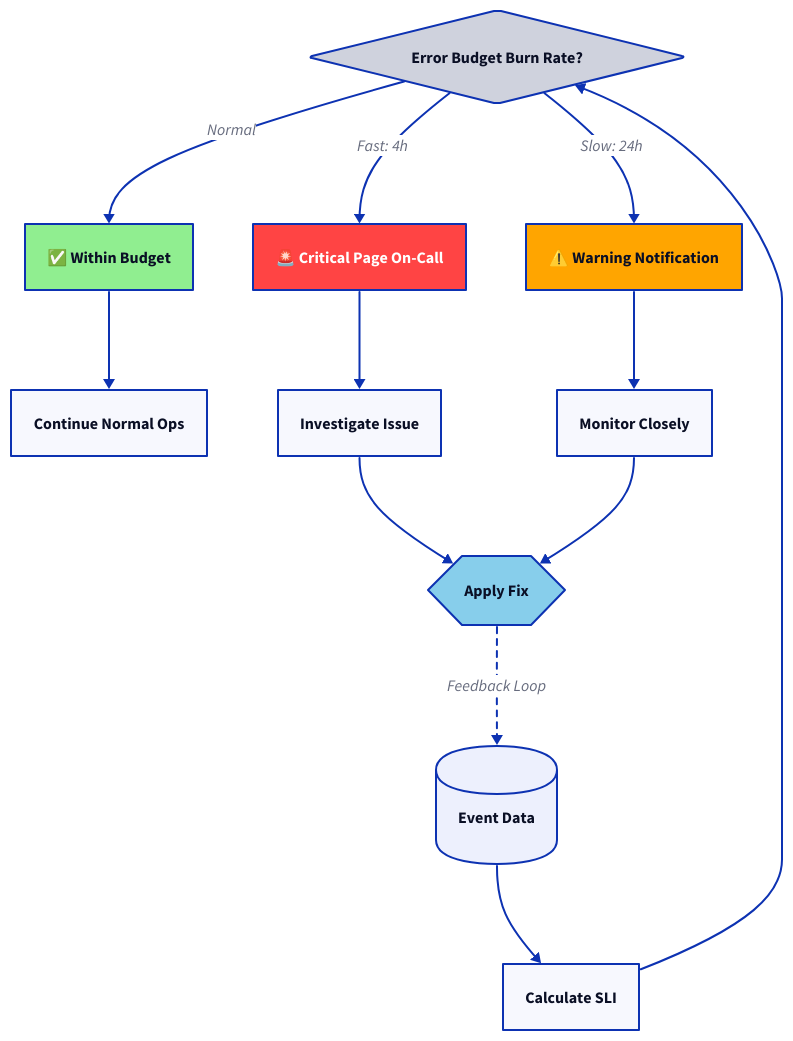
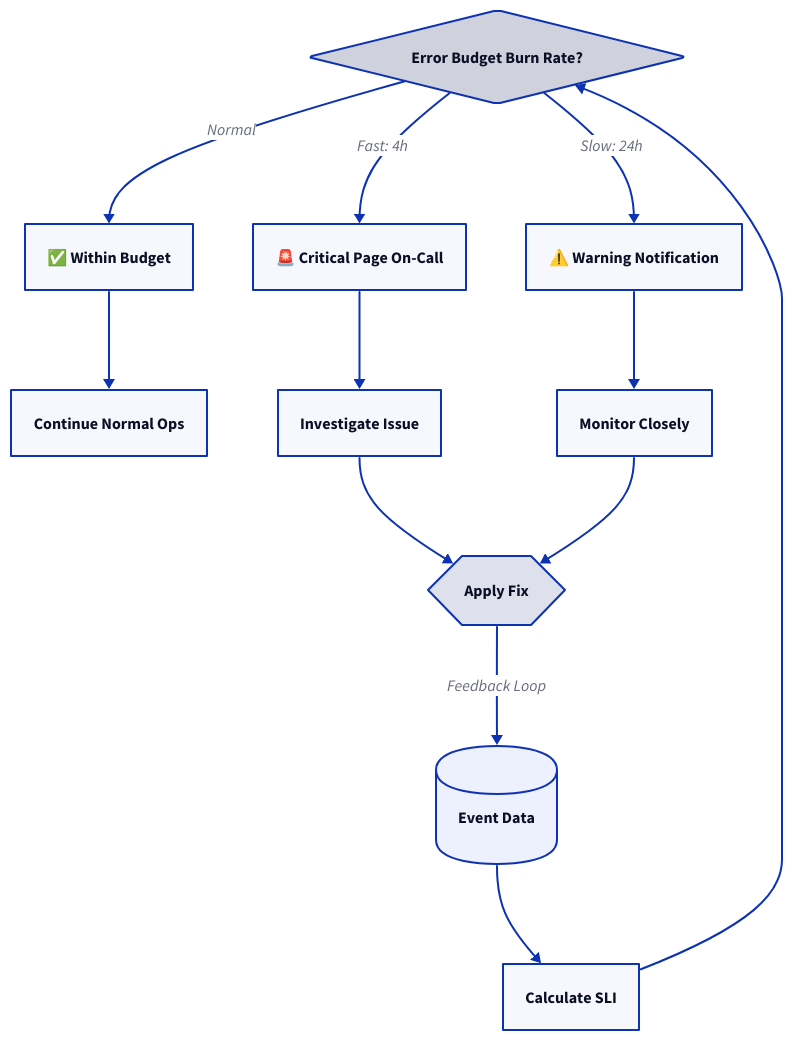
Before and after one commit to tallyfy/documentation: the diagram in src/content/docs/manufactory/best-practices/setting-up-alerts-and-slos.mdx, drawn with D2. The commit also changed other lines of this file and 605 other files, not shown here.

````diff
--- a/src/content/docs/manufactory/best-practices/setting-up-alerts-and-slos.mdx
+++ b/src/content/docs/manufactory/best-practices/setting-up-alerts-and-slos.mdx
@@ -68,68 +69,64 @@
 ```d2
 Budget: "Budget"
 Continue: "Continue"
 Critical: "Critical"
 Events: "Events"
 Fix: "Fix"
 Investigate: "Investigate"
 Monitor: "Monitor"
 OK: "OK"
 SLI: "SLI"
 Warning: "Warning"
 Events: Event Data {
   shape: cylinder
 }
 SLI: Calculate SLI {
   shape: rectangle
 }
 Budget: Error Budget Burn Rate? {
   shape: diamond
 }
 
 Critical: 🚨 Critical Page On-Call {
   shape: rectangle
-  style.fill: "#FF4444"
-  style.font-color: "#FFFFFF"
+
 }
 Warning: ⚠️ Warning Notification {
   shape: rectangle
-  style.fill: "#FFA500"
+  
 }
 OK: ✅ Within Budget {
   shape: rectangle
-  style.fill: "#90EE90"
+  
 }
 
 Investigate: Investigate Issue {
   shape: rectangle
 }
 Monitor: Monitor Closely {
   shape: rectangle
 }
 Continue: Continue Normal Ops {
   shape: rectangle
 }
 
 Fix: Apply Fix {
   shape: hexagon
-  style.fill: "#87CEEB"
+  
 }
 
 Events -> SLI
 SLI -> Budget
 
 Budget -> Critical: "Fast: 4h"
 Budget -> Warning: "Slow: 24h"
 Budget -> OK: Normal
 
 Critical -> Investigate
 Warning -> Monitor
 OK -> Continue
 
 Investigate -> Fix
 Monitor -> Fix
-Fix -> Events: Feedback Loop {
-  style.stroke-dash: 3
-}
-
+Fix -> Events: Feedback Loop
 ```
````
